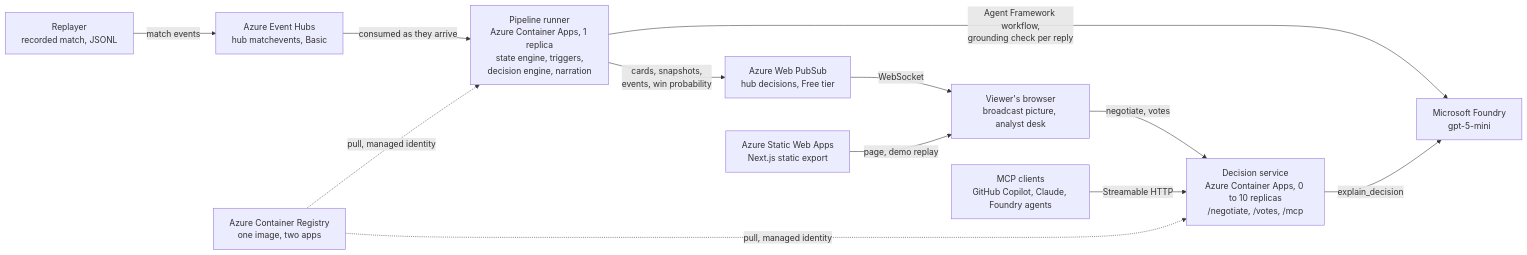
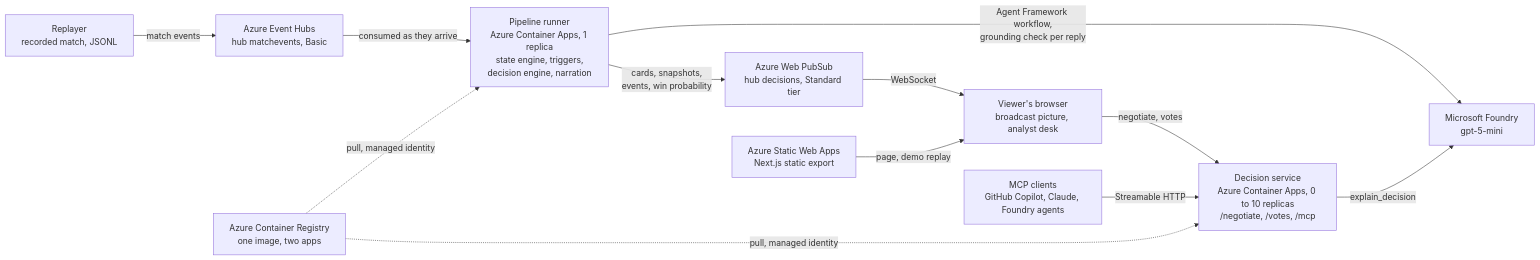
One commit to lauramiro/the-dugout changed the diagram in docs/architecture.mmd. Above: the diagram before and after it, drawn with Mermaid. The commit also changed 5 other files, not shown here.

First line of the commit message:
docs: Web PubSub on the Standard tier and a $40 budget, the diagram to match, Under the hood and the match report

```diff
--- a/docs/architecture.mmd
+++ b/docs/architecture.mmd
@@ -1,23 +1,23 @@
 graph LR
   replayer["Replayer<br/>recorded match, JSONL"]
   eh["Azure Event Hubs<br/>hub matchevents, Basic"]
   runner["Pipeline runner<br/>Azure Container Apps, 1 replica<br/>state engine, triggers,<br/>decision engine, narration"]
   foundry["Microsoft Foundry<br/>gpt-5-mini"]
-  wps["Azure Web PubSub<br/>hub decisions, Free tier"]
+  wps["Azure Web PubSub<br/>hub decisions, Standard tier"]
   swa["Azure Static Web Apps<br/>Next.js static export"]
   browser["Viewer's browser<br/>broadcast picture, analyst desk"]
   service["Decision service<br/>Azure Container Apps, 0 to 10 replicas<br/>/negotiate, /votes, /mcp"]
   mcpc["MCP clients<br/>GitHub Copilot, Claude, Foundry agents"]
   acr["Azure Container Registry<br/>one image, two apps"]
 
   replayer -- "match events" --> eh
   eh -- "consumed as they arrive" --> runner
   runner -- "cards, snapshots,<br/>events, win probability" --> wps
   wps -- "WebSocket" --> browser
   swa -- "page, demo replay" --> browser
   runner -- "Agent Framework workflow,<br/>grounding check per reply" --> foundry
   browser -- "negotiate, votes" --> service
   mcpc -- "Streamable HTTP" --> service
   service -- "explain_decision" --> foundry
   acr -. "pull, managed identity" .-> runner
   acr -. "pull, managed identity" .-> service
```
